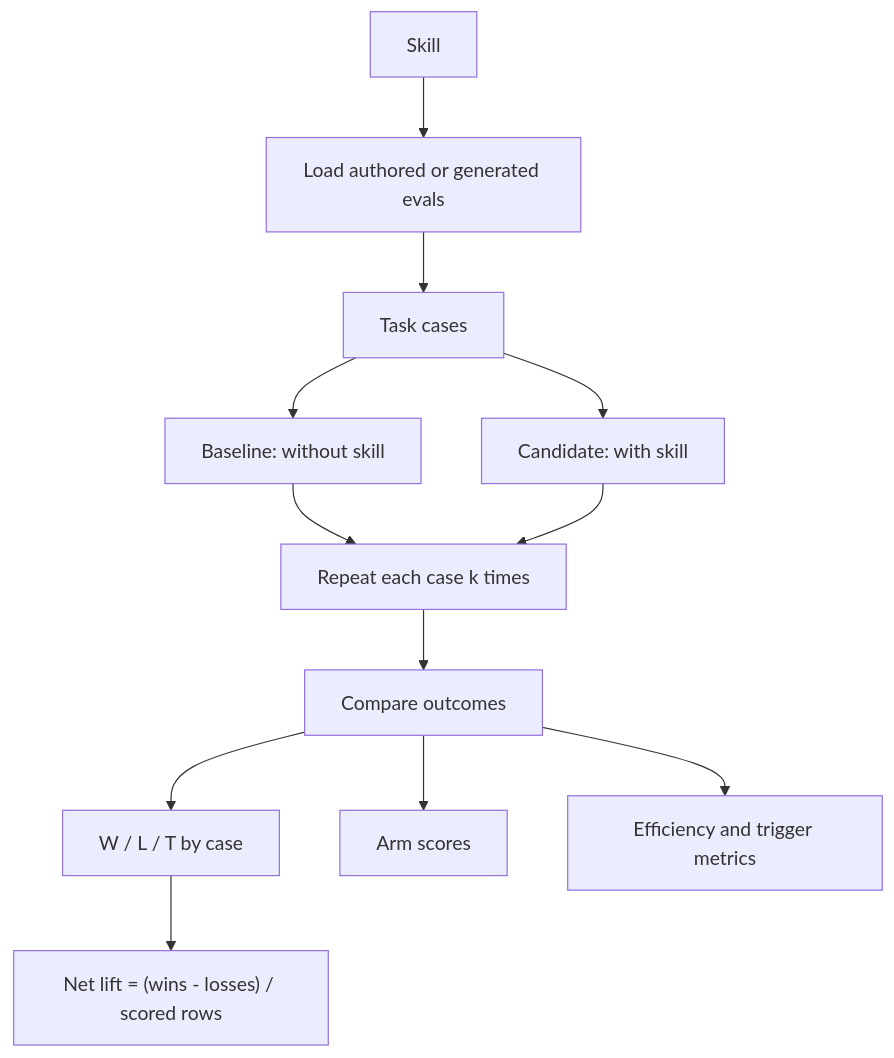
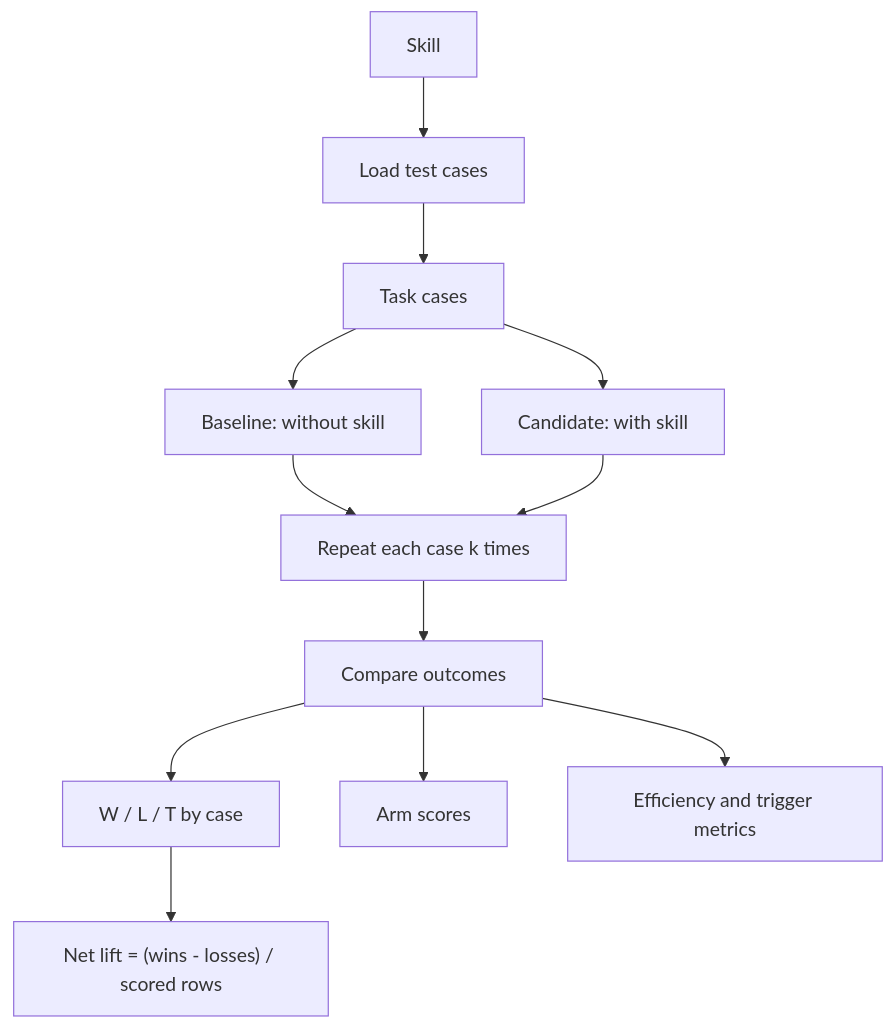
The diagram in README.md (ryanliu-terum/terum-skills), drawn with Mermaid before and after one commit.

Commit message:
Fix mermaid flowchart syntax in README.md

````diff
--- a/README.md
+++ b/README.md
@@ -88,27 +88,27 @@
 ```mermaid
 
 flowchart TD
 
-    S["Skill"] --> G["Load authored or generated evals"]
+    S["Skill"] --> G["Load test cases"]
 
     G --> C["Task cases"]
 
     C --> B["Baseline: without skill"]
 
     C --> K["Candidate: with skill"]
 
     B --> R["Repeat each case k times"]
 
     K --> R
 
     R --> D["Compare outcomes"]
 
     D --> M["W / L / T by case"]
 
     D --> A["Arm scores"]
 
     D --> E["Efficiency and trigger metrics"]
 
     M --> L["Net lift = (wins - losses) / scored rows"]
 
 ```
````
